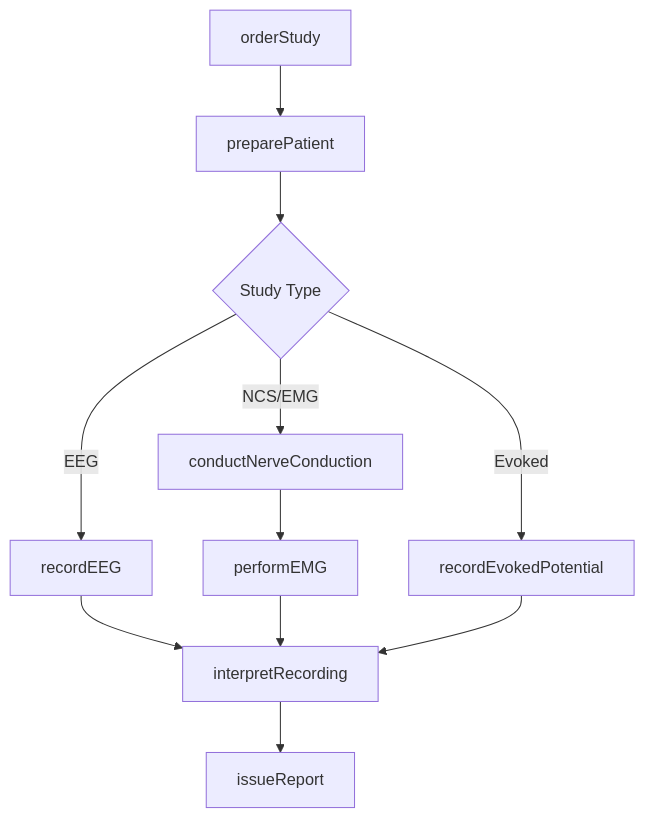
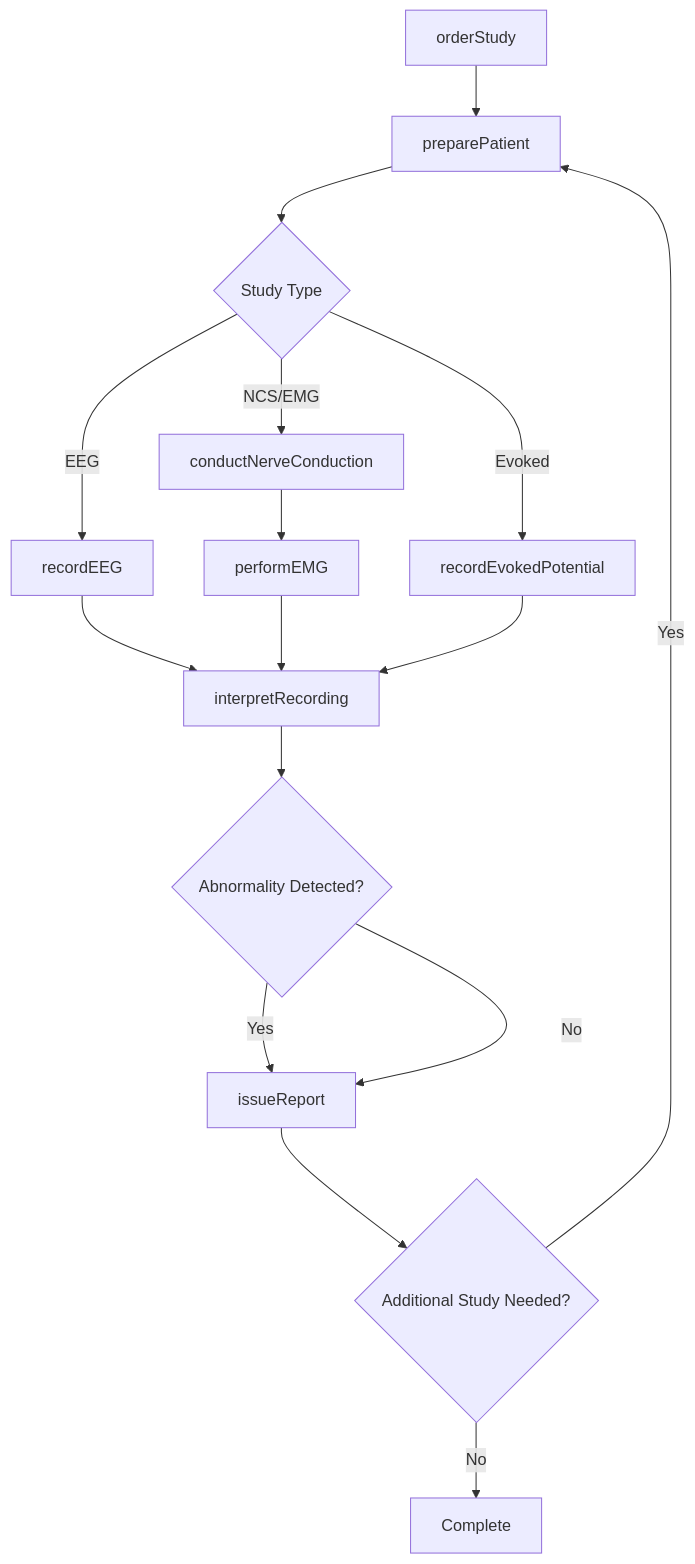
Before and after one commit to dot-org-ai/tasks.org.ai: the third of 4 diagrams in InspectingEquipmentStructuresOrMaterials/AdministerDiagnosticTestsToAssessPatientHealth/TestPatientNervousSystemFunctioning.mdx, drawn with Mermaid. The commit also changed other lines of this file and 504 other files, not shown here.

First line of the commit message:
feat: Add ER diagrams, state diagrams, and workflow improvements to 96 DWA task files

````diff
--- a/InspectingEquipmentStructuresOrMaterials/AdministerDiagnosticTestsToAssessPatientHealth/TestPatientNervousSystemFunctioning.mdx
+++ b/InspectingEquipmentStructuresOrMaterials/AdministerDiagnosticTestsToAssessPatientHealth/TestPatientNervousSystemFunctioning.mdx
@@ -92,13 +126,18 @@
 ```mermaid
 graph TD
     A[orderStudy] --> B[preparePatient]
     B --> C{Study Type}
     C -->|EEG| D[recordEEG]
     C -->|NCS/EMG| E[conductNerveConduction]
     C -->|Evoked| F[recordEvokedPotential]
     E --> G[performEMG]
     D --> H[interpretRecording]
     G --> H
     F --> H
-    H --> I[issueReport]
+    H --> I{Abnormality Detected?}
+    I -->|Yes| J[issueReport]
+    I -->|No| J
+    J --> K{Additional Study Needed?}
+    K -->|Yes| B
+    K -->|No| L[Complete]
 ```
````
